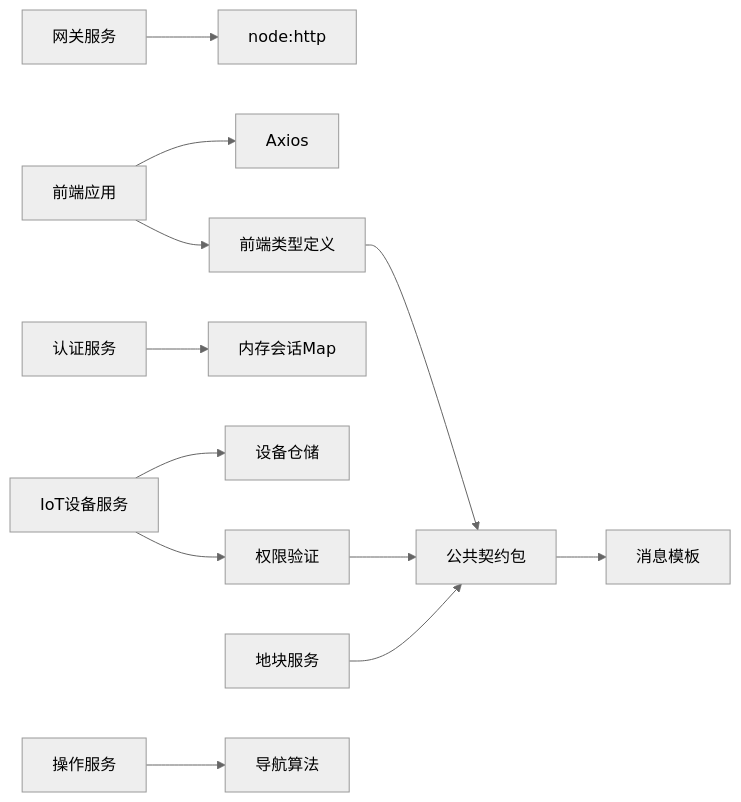
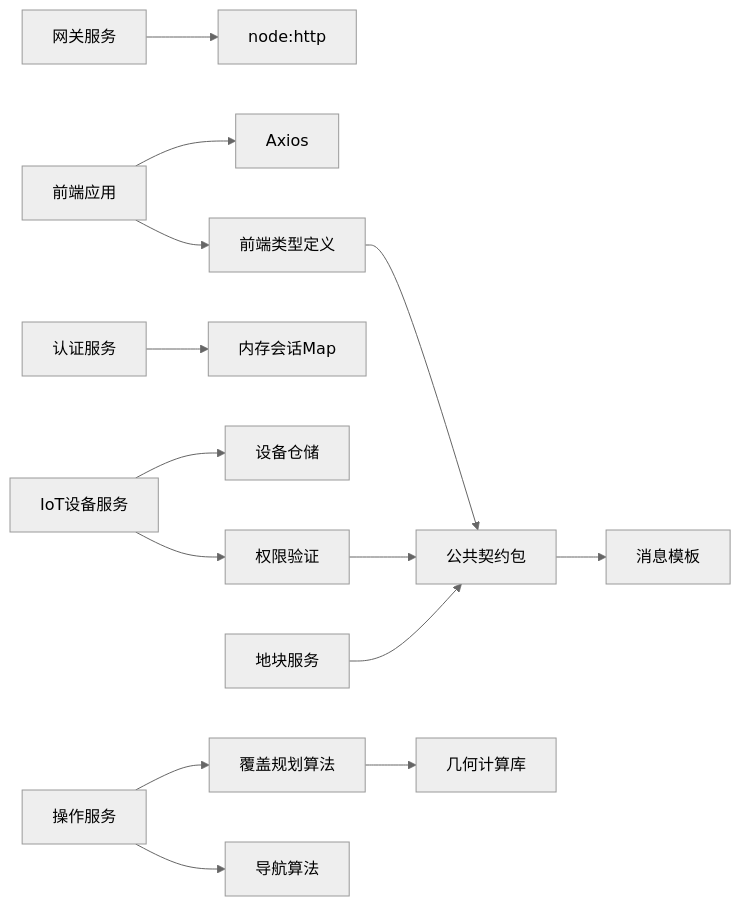
One commit to q446328246/agri-platform changed diagram 17 of 17 in .qoder/repowiki/zh/content/前端应用文档/API集成.md. Above: the diagram before and after it, drawn with Mermaid (neutral theme). The commit also changed other lines of this file and 52 other files, not shown here.

````diff
--- a/.qoder/repowiki/zh/content/前端应用文档/API集成.md
+++ b/.qoder/repowiki/zh/content/前端应用文档/API集成.md
@@ -560,14 +724,16 @@
 ```mermaid
 graph LR
 WEB["前端应用"] --> AXIOS["Axios"]
 WEB --> TYPES["前端类型定义"]
 GATEWAY["网关服务"] --> NODE_HTTP["node:http"]
 AUTH["认证服务"] --> MAP["内存会话Map"]
 IOT["IoT设备服务"] --> DEVICE_REPO["设备仓储"]
 IOT --> AUTHZ["权限验证"]
 PLOT["地块服务"] --> CONTRACTS["公共契约包"]
-OPERATION["操作服务"] --> NAVIGATION["导航算法"]
+OPERATION["操作服务"] --> COVERAGE["覆盖规划算法"]
+OPERATION --> NAVIGATION["导航算法"]
 CONTRACTS --> MESSAGES["消息模板"]
 TYPES --> CONTRACTS
 AUTHZ --> CONTRACTS
+COVERAGE --> GEOMETRY["几何计算库"]
 ```
````
